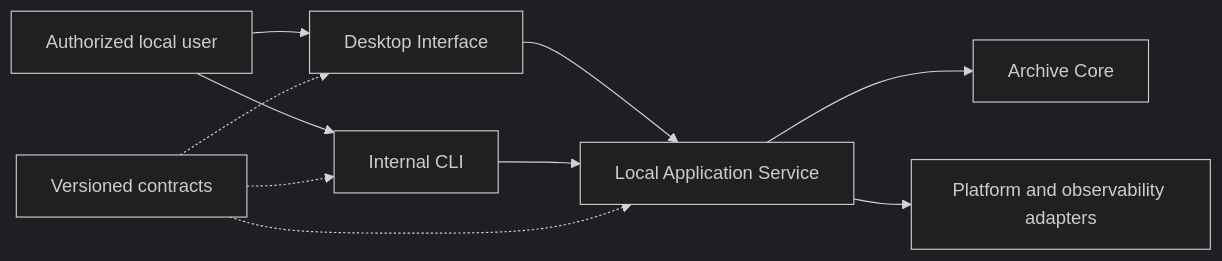
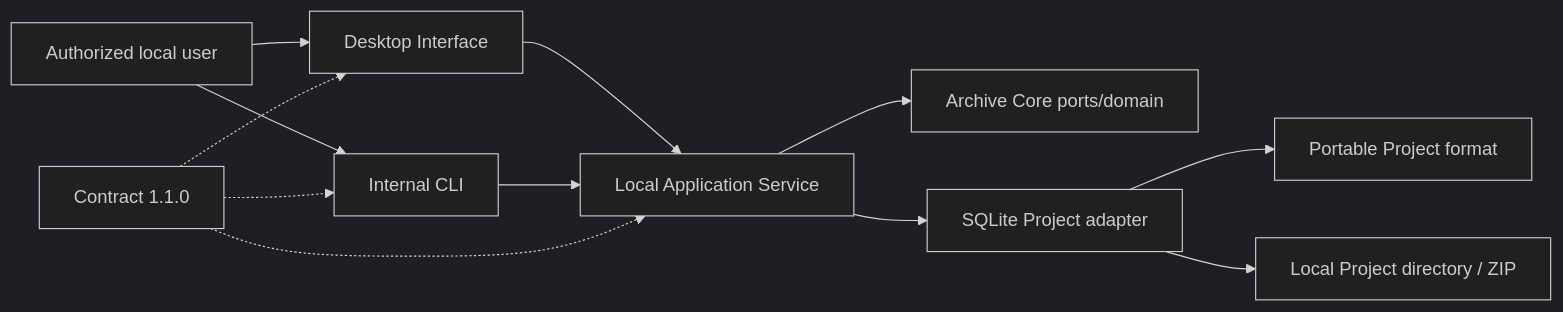
Before and after one commit to sasanzare/OfflineWebArchiver: the diagram in docs/architecture/SYSTEM_CONTEXT.md, drawn with Mermaid (dark theme). The commit also changed other lines of this file and 114 other files, not shown here.

First line of the commit message:
feat(project): complete Phase 4 project format and SQLite persistence

````diff
--- a/docs/architecture/SYSTEM_CONTEXT.md
+++ b/docs/architecture/SYSTEM_CONTEXT.md
@@ -5,12 +5,14 @@
 ```mermaid
 flowchart LR
   User["Authorized local user"] --> Desktop["Desktop Interface"]
   User --> CLI["Internal CLI"]
   Desktop --> Service["Local Application Service"]
   CLI --> Service
-  Service --> Core["Archive Core"]
-  Service --> Adapters["Platform and observability adapters"]
-  Contracts["Versioned contracts"] -.-> Desktop
+  Service --> Core["Archive Core ports/domain"]
+  Service --> Persistence["SQLite Project adapter"]
+  Persistence --> Format["Portable Project format"]
+  Persistence --> Files["Local Project directory / ZIP"]
+  Contracts["Contract 1.1.0"] -.-> Desktop
   Contracts -.-> CLI
   Contracts -.-> Service
 ```
````
